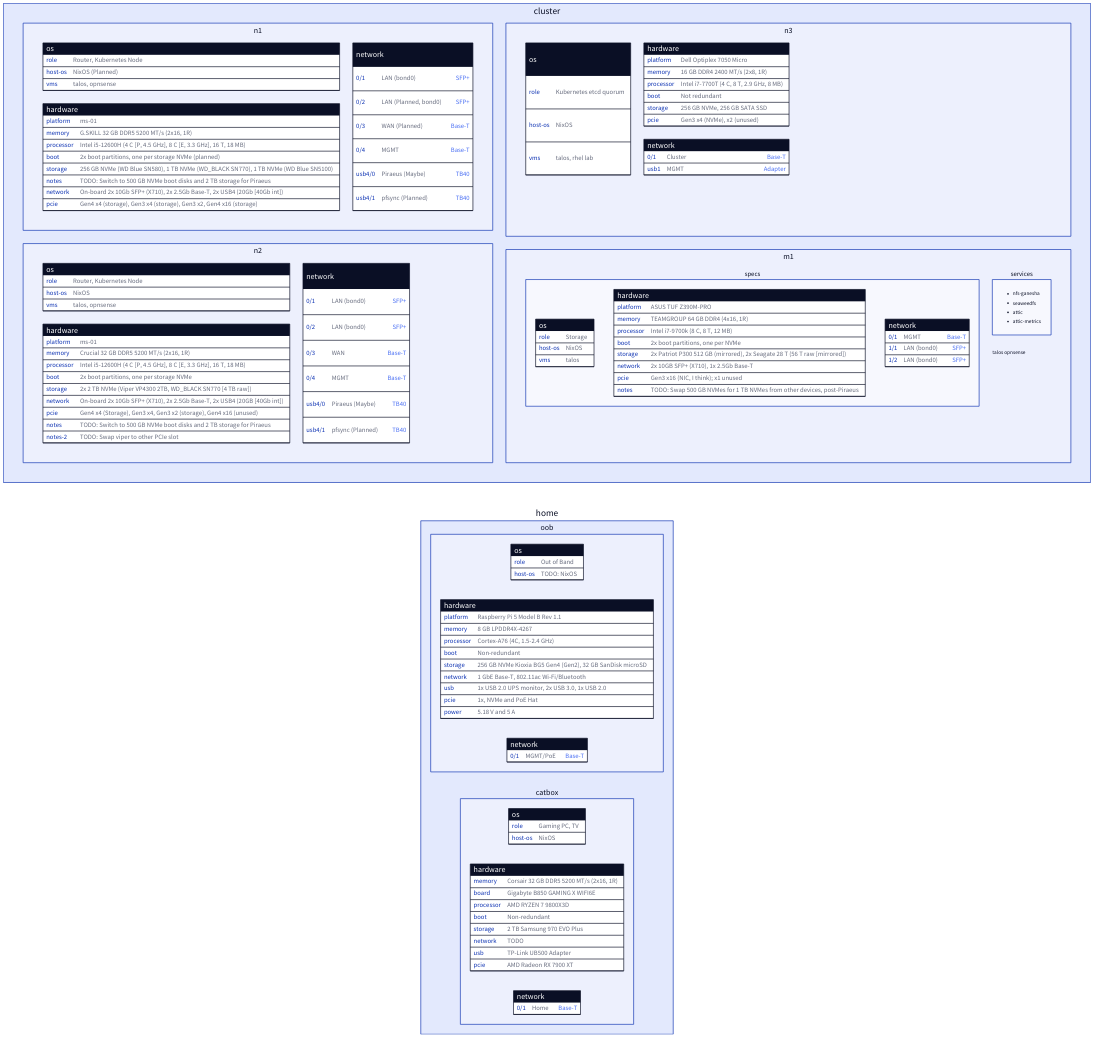
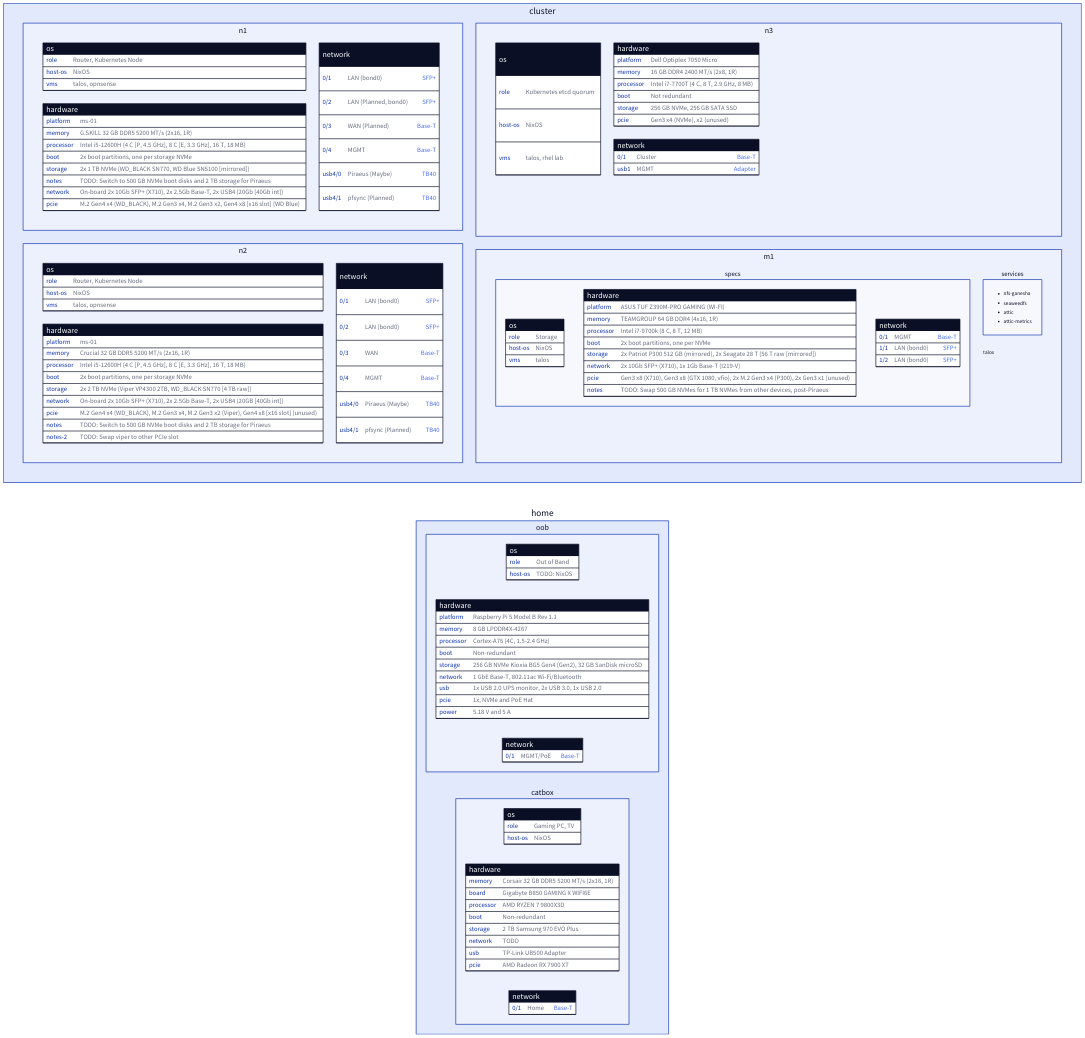
One commit to Liana64/dotfiles changed the diagram in docs/diagrams/homelab.d2. Above: the diagram before and after it, drawn with D2. The commit also changed 1 other file, not shown here.

```diff
--- a/docs/diagrams/homelab.d2
+++ b/docs/diagrams/homelab.d2
@@ -1,177 +1,176 @@
 direction: right
 
 cluster: {
   grid-columns: 2
 
   n1: {
     grid-columns: 2
     os: {
       shape: sql_table
       role: Router, Kubernetes Node
-      host-os: NixOS (Planned)
+      host-os: NixOS
       vms: talos, opnsense
     }
     hardware: {
       shape: sql_table
       platform: ms-01
       memory: G.SKILL 32 GB DDR5 5200 MT/s (2x16, 1R)
       processor: "Intel i5-12600H (4 C [P, 4.5 GHz], 8 C [E, 3.3 GHz], 16 T, 18 MB)"
-      boot: 2x boot partitions, one per storage NVMe (planned)
-      storage: 256 GB NVMe (WD Blue SN580), 1 TB NVMe (WD_BLACK SN770), 1 TB NVMe (WD Blue SN5100)
+      boot: 2x boot partitions, one per storage NVMe
+      storage: "2x 1 TB NVMe (WD_BLACK SN770, WD Blue SN5100 [mirrored])"
       notes: "TODO: Switch to 500 GB NVMe boot disks and 2 TB storage for Piraeus"
       network: "On-board 2x 10Gb SFP+ (X710), 2x 2.5Gb Base-T, 2x USB4 (20Gb [40Gb int])"
-      pcie: Gen4 x4 (storage), Gen3 x4 (storage), Gen3 x2, Gen4 x16 (storage)
+      pcie: "M.2 Gen4 x4 (WD_BLACK), M.2 Gen3 x4, M.2 Gen3 x2, Gen4 x8 [x16 slot] (WD Blue)"
     }
     network: {
       shape: sql_table
       "0/1": LAN (bond0) {constraint: SFP+}
       "0/2": LAN (Planned, bond0) {constraint: SFP+}
       "0/3": WAN (Planned) {constraint: Base-T}
       "0/4": MGMT {constraint: Base-T}
       usb4/0: Piraeus (Maybe) {constraint: TB40}
       usb4/1: pfsync (Planned) {constraint: TB40}
     }
   }
   n2: {
     grid-columns: 2
     os: {
       shape: sql_table
       role: Router, Kubernetes Node
       host-os: NixOS
       vms: talos, opnsense
     }
     hardware: {
       shape: sql_table
       platform: ms-01
       memory: Crucial 32 GB DDR5 5200 MT/s (2x16, 1R)
       processor: "Intel i5-12600H (4 C [P, 4.5 GHz], 8 C [E, 3.3 GHz], 16 T, 18 MB)"
       boot: 2x boot partitions, one per storage NVMe
       storage: "2x 2 TB NVMe (Viper VP4300 2TB, WD_BLACK SN770 [4 TB raw])"
       network: "On-board 2x 10Gb SFP+ (X710), 2x 2.5Gb Base-T, 2x USB4 (20GB [40Gb int])"
-      pcie: Gen4 x4 (Storage), Gen3 x4, Gen3 x2 (storage), Gen4 x16 (unused)
+      pcie: "M.2 Gen4 x4 (WD_BLACK), M.2 Gen3 x4, M.2 Gen3 x2 (Viper), Gen4 x8 [x16 slot] (unused)"
       notes: "TODO: Switch to 500 GB NVMe boot disks and 2 TB storage for Piraeus"
       notes-2: "TODO: Swap viper to other PCIe slot"
     }
     network: {
       shape: sql_table
       "0/1": LAN (bond0) {constraint: SFP+}
       "0/2": LAN (bond0) {constraint: SFP+}
       "0/3": WAN {constraint: Base-T}
       "0/4": MGMT {constraint: Base-T}
       usb4/0: Piraeus (Maybe) {constraint: TB40}
       usb4/1: pfsync (Planned) {constraint: TB40}
     }
   }
   n3: {
     grid-columns: 2
     os: {
       shape: sql_table
       role: Kubernetes etcd quorum
       host-os: NixOS
       vms: talos, rhel lab
     }
     hardware: {
       shape: sql_table
       platform: Dell Optiplex 7050 Micro
       memory: 16 GB DDR4 2400 MT/s (2x8, 1R)
       processor: Intel i7-7700T (4 C, 8 T, 2.9 GHz, 8 MB)
       boot: Not redundant
       storage: 256 GB NVMe, 256 GB SATA SSD
       pcie: Gen3 x4 (NVMe), x2 (unused)
     }
     network: {
       shape: sql_table
       "0/1": Cluster {constraint: Base-T}
       usb1: MGMT {constraint: Adapter}
     }
   }
   m1: {
     grid-columns: 2
     specs: {
       direction: down
       os: {
         shape: sql_table
         role: Storage
         host-os: NixOS
         vms: talos
       }
       hardware: {
         shape: sql_table
-        platform: ASUS TUF Z390M-PRO
+        platform: ASUS TUF Z390M-PRO GAMING (WI-FI)
         memory: TEAMGROUP 64 GB DDR4 (4x16, 1R)
         processor: "Intel i7-9700k (8 C, 8 T, 12 MB)"
         boot: 2x boot partitions, one per NVMe
         storage: "2x Patriot P300 512 GB (mirrored), 2x Seagate 28 T (56 T raw [mirrored])"
-        network: 2x 10GB SFP+ (X710), 1x 2.5Gb Base-T
-        pcie: "Gen3 x16 (NIC, I think); x1 unused"
+        network: 2x 10Gb SFP+ (X710), 1x 1Gb Base-T (I219-V)
+        pcie: "Gen3 x8 (X710), Gen3 x8 (GTX 1080, vfio), 2x M.2 Gen3 x4 (P300), 2x Gen3 x1 (unused)"
         notes: "TODO: Swap 500 GB NVMes for 1 TB NVMes from other devices, post-Piraeus"
       }
       network: {
         shape: sql_table
         "0/1": MGMT {constraint: Base-T}
         "1/1": LAN (bond0) {constraint: SFP+}
         "1/2": LAN (bond0) {constraint: SFP+}
       }
     }
     services: {
       userspace: |md
         - nfs-ganesha
         - seaweedfs
         - attic
         - attic-metrics
       |
     }
     libvirtd: |md
       talos
-      opnsense
     |
   }
 }
 home: {
   # CP1500PFCLCDa
   oob: {
     os: {
       shape: sql_table
       role: Out of Band
       host-os: "TODO: NixOS"
     }
     hardware: {
       shape: sql_table
       platform: Raspberry Pi 5 Model B Rev 1.1
       memory: 8 GB LPDDR4X-4267
       processor: Cortex-A76 (4C, 1.5-2.4 GHz)
       boot: Non-redundant
       storage: 256 GB NVMe Kioxia BG5 Gen4 (Gen2), 32 GB SanDisk microSD
       network: 1 GbE Base-T, 802.11ac Wi-Fi/Bluetooth
       usb: 1x USB 2.0 UPS monitor, 2x USB 3.0, 1x USB 2.0
       pcie: 1x, NVMe and PoE Hat
       power: 5.18 V and 5 A
     }
     network: {
       shape: sql_table
       "0/1": MGMT/PoE {constraint: Base-T}
     }
   }
   catbox: {
     os: {
       shape: sql_table
       role: Gaming PC, TV
       host-os: NixOS
     }
     hardware: {
       shape: sql_table
       memory: Corsair 32 GB DDR5 5200 MT/s (2x16, 1R)
       board: "Gigabyte B850 GAMING X WIFI6E"
       processor: "AMD RYZEN 7 9800X3D"
       boot: Non-redundant
       storage: 2 TB Samsung 970 EVO Plus
       network: TODO
       usb: TP-Link UB500 Adapter
       pcie: AMD Radeon RX 7900 XT
     }
     network: {
       shape: sql_table
       "0/1": Home {constraint: Base-T}
     }
   }
 }
```
